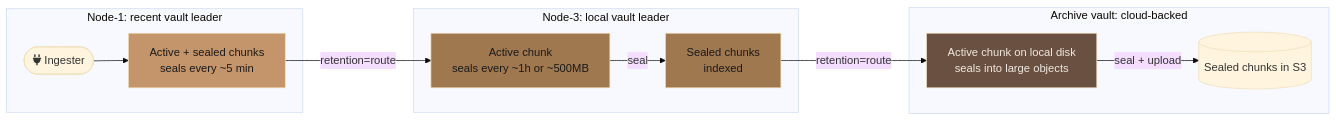
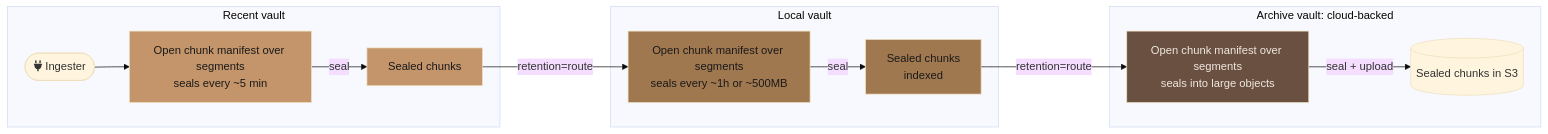
Before and after one commit to kluzzebass/gastrolog: the fifth of 5 diagrams in docs/vision.md, drawn with Mermaid (base theme). The commit also changed other lines of this file, not shown here.

````diff
--- a/docs/vision.md
+++ b/docs/vision.md
@@ -284,23 +274,24 @@
 ```mermaid
 flowchart LR
-    subgraph node1mem [Node-1: recent vault leader]
-        I([fa:fa-plug Ingester]) --> MT[Active + sealed chunks<br/>seals every ~5 min]
+    subgraph recent [Recent vault]
+        I([fa:fa-plug Ingester]) --> MT[Open chunk manifest over segments<br/>seals every ~5 min] -->|seal| MTS[Sealed chunks]
     end
 
-    MT -->|retention=route| LT
+    MTS -->|retention=route| LT
 
-    subgraph node3local [Node-3: local vault leader]
-        LT[Active chunk<br/>seals every ~1h or ~500MB] -->|seal| LTS[Sealed chunks<br/>indexed]
+    subgraph local [Local vault]
+        LT[Open chunk manifest over segments<br/>seals every ~1h or ~500MB] -->|seal| LTS[Sealed chunks<br/>indexed]
     end
 
     LTS -->|retention=route| CT
 
     subgraph clouds3 [Archive vault: cloud-backed]
-        CT[Active chunk on local disk<br/>seals into large objects] -->|seal + upload| CTS[(Sealed chunks in S3)]
+        CT[Open chunk manifest over segments<br/>seals into large objects] -->|seal + upload| CTS[(Sealed chunks in S3)]
     end
 
     style MT fill:#c4956a,color:#1a1a1a
+    style MTS fill:#c4956a,color:#1a1a1a
     style LT fill:#a07850,color:#1a1a1a
     style LTS fill:#a07850,color:#1a1a1a
     style CT fill:#6a5040,color:#f0e8e0
 ```
````
